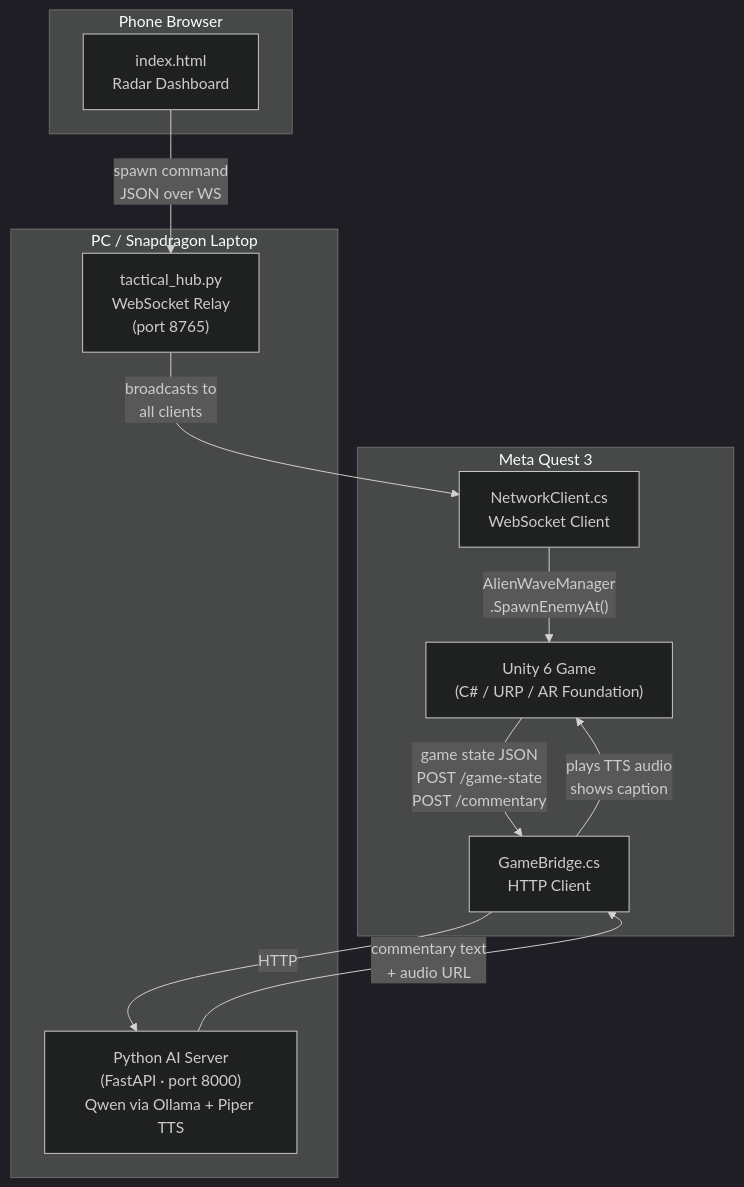
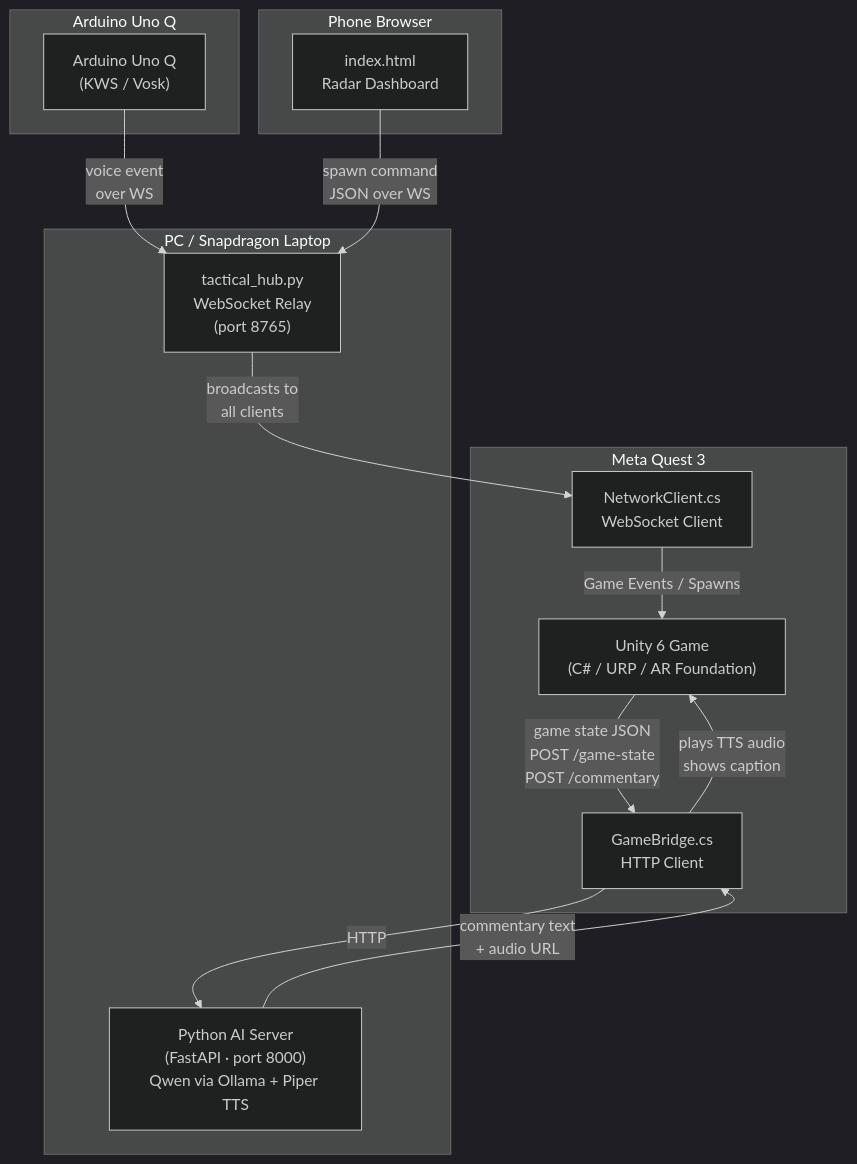
Before and after one commit to kik1211/QwenQuest-MR-Shooter: the first of 4 diagrams in README.md, drawn with Mermaid (dark theme). The commit also changed other lines of this file and 2 other files, not shown here.

Commit message:
docs: document Arduino Uno Q keyword spotting subsystem

````diff
--- a/README.md
+++ b/README.md
@@ -89,26 +93,31 @@
 ```mermaid
 graph TB
     subgraph Quest["Meta Quest 3"]
         Unity["Unity 6 Game\n(C# / URP / AR Foundation)"]
         GameBridge["GameBridge.cs\nHTTP Client"]
         NetworkClient["NetworkClient.cs\nWebSocket Client"]
+    end
+
+    subgraph ArduinoBoard["Arduino Uno Q"]
+        ArduinoKWS["Arduino Uno Q\n(KWS / Vosk)"]
     end
 
     subgraph PC["PC / Snapdragon Laptop"]
         AIServer["Python AI Server\n(FastAPI · port 8000)\nQwen via Ollama + Piper TTS"]
         TacticalHub["tactical_hub.py\nWebSocket Relay\n(port 8765)"]
     end
 
     subgraph Phone["Phone Browser"]
         Dashboard["index.html\nRadar Dashboard"]
     end
 
     Unity -- "game state JSON\nPOST /game-state\nPOST /commentary" --> GameBridge
     GameBridge -- "HTTP" --> AIServer
     AIServer -- "commentary text\n+ audio URL" --> GameBridge
     GameBridge -- "plays TTS audio\nshows caption" --> Unity
 
+    ArduinoKWS -- "voice event\nover WS" --> TacticalHub
     Dashboard -- "spawn command\nJSON over WS" --> TacticalHub
     TacticalHub -- "broadcasts to\nall clients" --> NetworkClient
-    NetworkClient -- "AlienWaveManager\n.SpawnEnemyAt()" --> Unity
+    NetworkClient -- "Game Events / Spawns" --> Unity
 ```
````
